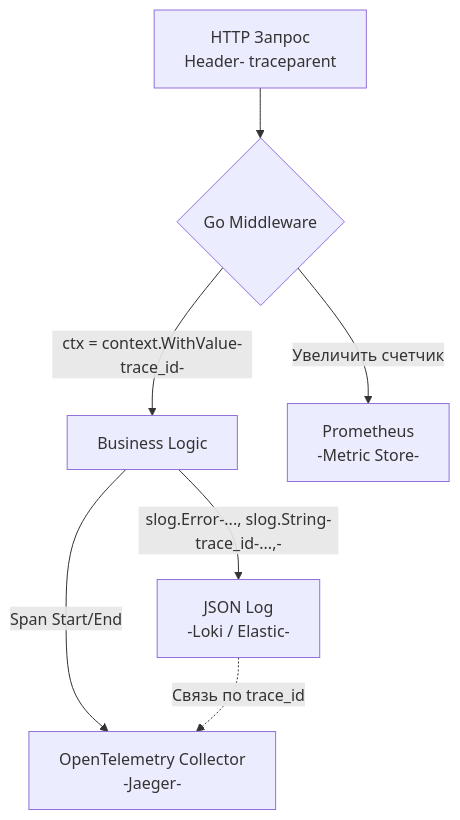
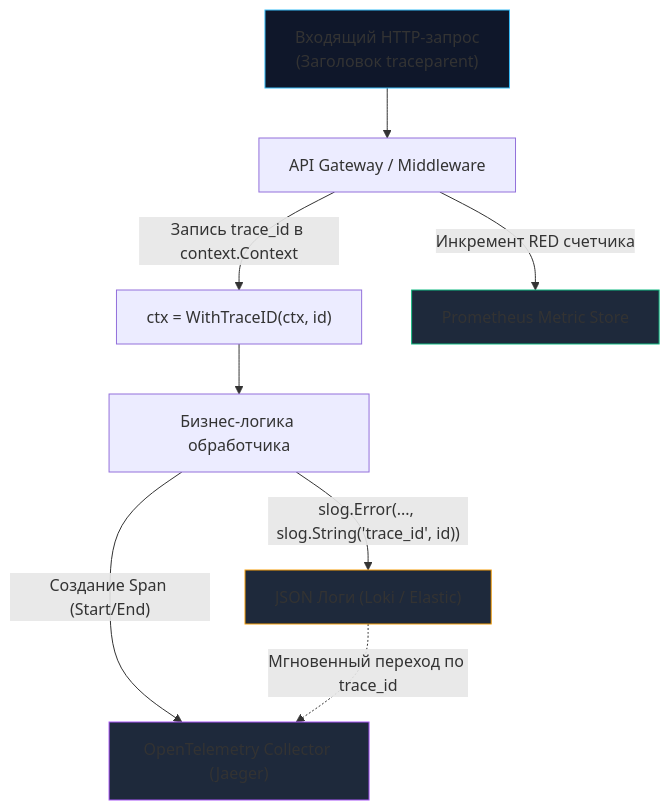
Before and after one commit to UnrealTemplier/go-textbook: the third of 3 diagrams in sources/10. Проектирование API и Сетевые протоколы/31. API observability.md, drawn with Mermaid. The commit also changed other lines of this file, not shown here.

````diff
--- a/sources/10. Проектирование API и Сетевые протоколы/31. API observability.md
+++ b/sources/10. Проектирование API и Сетевые протоколы/31. API observability.md
@@ -131,12 +232,19 @@
 ```mermaid
 flowchart TD
-    Req["HTTP Запрос<br>Header- traceparent"] --> Router{"Go Middleware"}
+    Req["Входящий HTTP-запрос<br>(Заголовок traceparent)"] --> GW["API Gateway / Middleware"]
     
-    Router -->|"ctx = context.WithValue-trace_id-"| Handler["Business Logic"]
-    Router -->|"Увеличить счетчик"| Metrics["Prometheus<br>-Metric Store-"]
+    GW -->|"Запись trace_id в context.Context"| Ctx["ctx = WithTraceID(ctx, id)"]
+    GW -->|"Инкремент RED счетчика"| Prom["Prometheus Metric Store"]
     
-    Handler -->|"slog.Error-..., slog.String-trace_id-...,-"| Logs["JSON Log<br>-Loki / Elastic-"]
-    Handler -->|"Span Start/End"| Tracing["OpenTelemetry Collector<br>-Jaeger-"]
+    Ctx --> Business["Бизнес-логика обработчика"]
     
-    Logs -.->|"Связь по trace_id"| Tracing
+    Business -->|"slog.Error(..., slog.String('trace_id', id))"| Logs["JSON Логи (Loki / Elastic)"]
+    Business -->|"Создание Span (Start/End)"| OTel["OpenTelemetry Collector (Jaeger)"]
+    
+    Logs -.->|"Мгновенный переход по trace_id"| OTel
+
+    style Req fill:#0f172a,stroke:#38bdf8,stroke-width:1px
+    style Prom fill:#1e293b,stroke:#10b981,stroke-width:1px
+    style Logs fill:#1e293b,stroke:#f59e0b,stroke-width:1px
+    style OTel fill:#1e293b,stroke:#a855f7,stroke-width:1px
 ```
````
